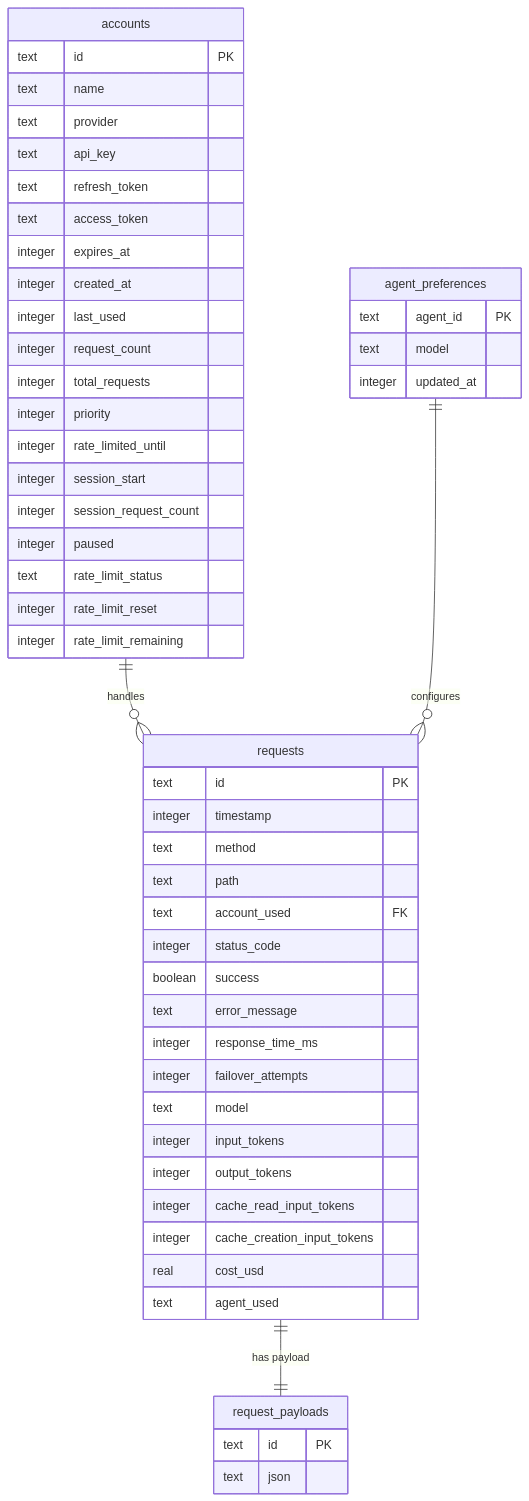
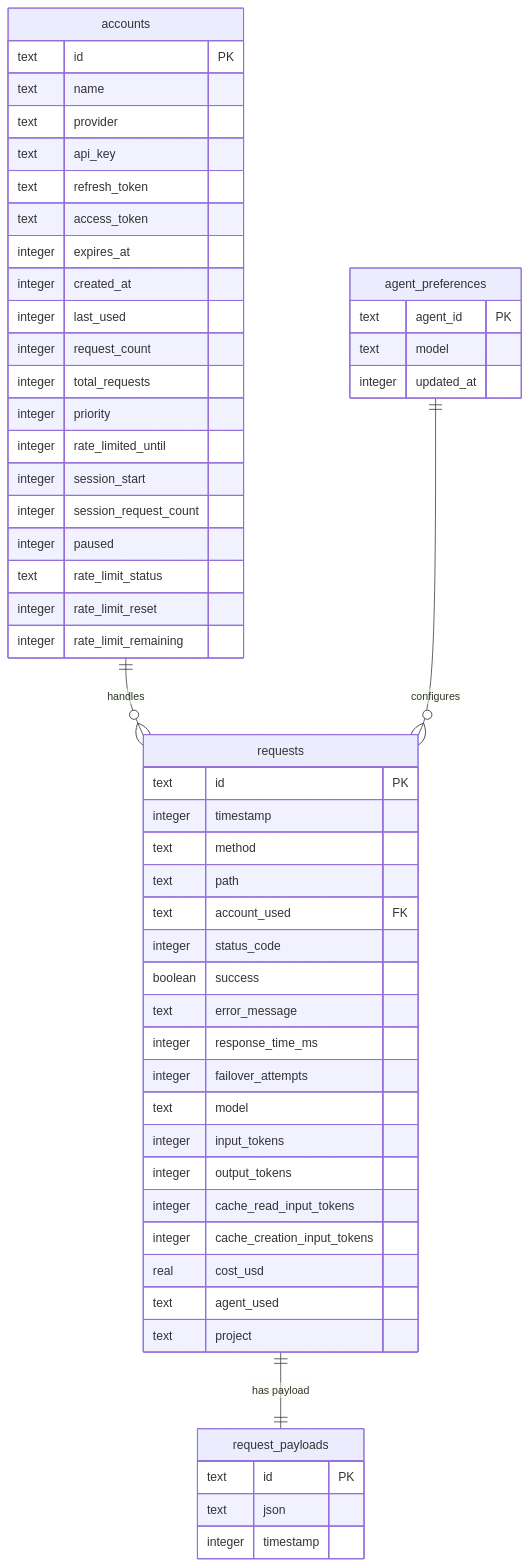
Before and after one commit to tombii/better-ccflare: the eighth of 25 diagrams in docs/architecture.md, drawn with Mermaid. The commit also changed 20 other files, not shown here.

````diff
--- a/docs/architecture.md
+++ b/docs/architecture.md
@@ -408,59 +408,61 @@
 ```mermaid
 erDiagram
     accounts {
         text id PK
         text name
         text provider
         text api_key
         text refresh_token
         text access_token
         integer expires_at
         integer created_at
         integer last_used
         integer request_count
         integer total_requests
         integer priority
         integer rate_limited_until
         integer session_start
         integer session_request_count
         integer paused
         text rate_limit_status
         integer rate_limit_reset
         integer rate_limit_remaining
     }
     
     requests {
         text id PK
         integer timestamp
         text method
         text path
         text account_used FK
         integer status_code
         boolean success
         text error_message
         integer response_time_ms
         integer failover_attempts
         text model
         integer input_tokens
         integer output_tokens
         integer cache_read_input_tokens
         integer cache_creation_input_tokens
         real cost_usd
         text agent_used
+        text project
     }
     
     request_payloads {
         text id PK
         text json
+        integer timestamp
     }
     
     agent_preferences {
         text agent_id PK
         text model
         integer updated_at
     }
     
     accounts ||--o{ requests : "handles"
     requests ||--|| request_payloads : "has payload"
     agent_preferences ||--o{ requests : "configures"
 ```
````
